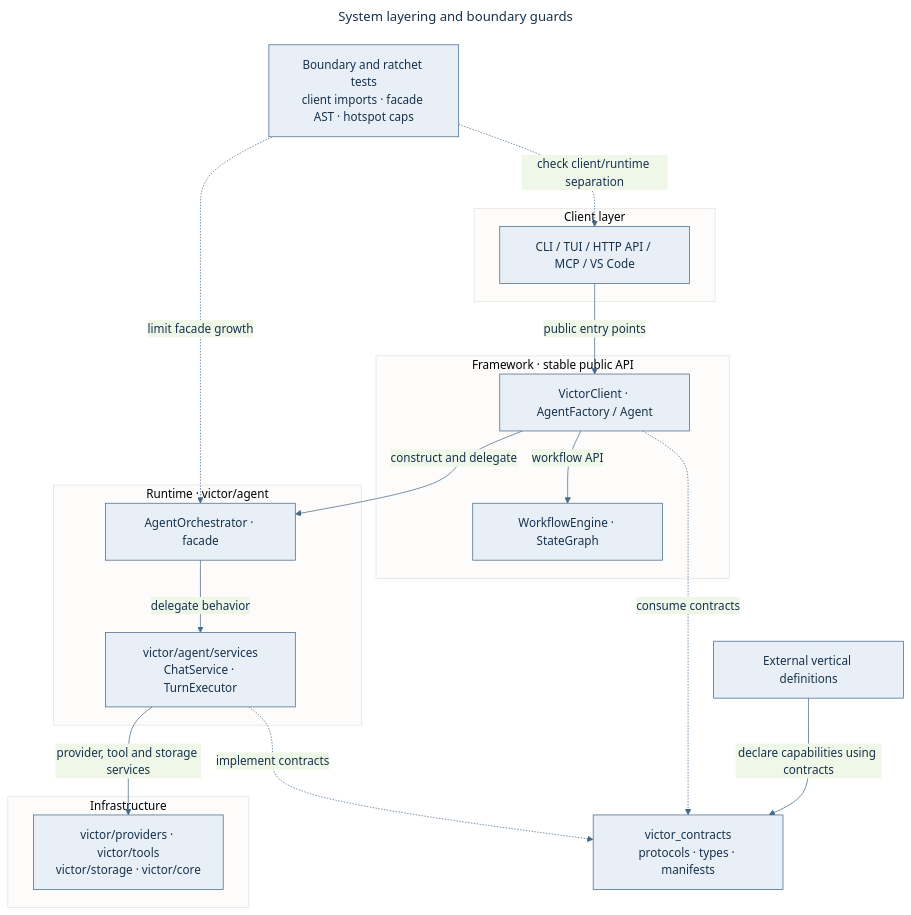
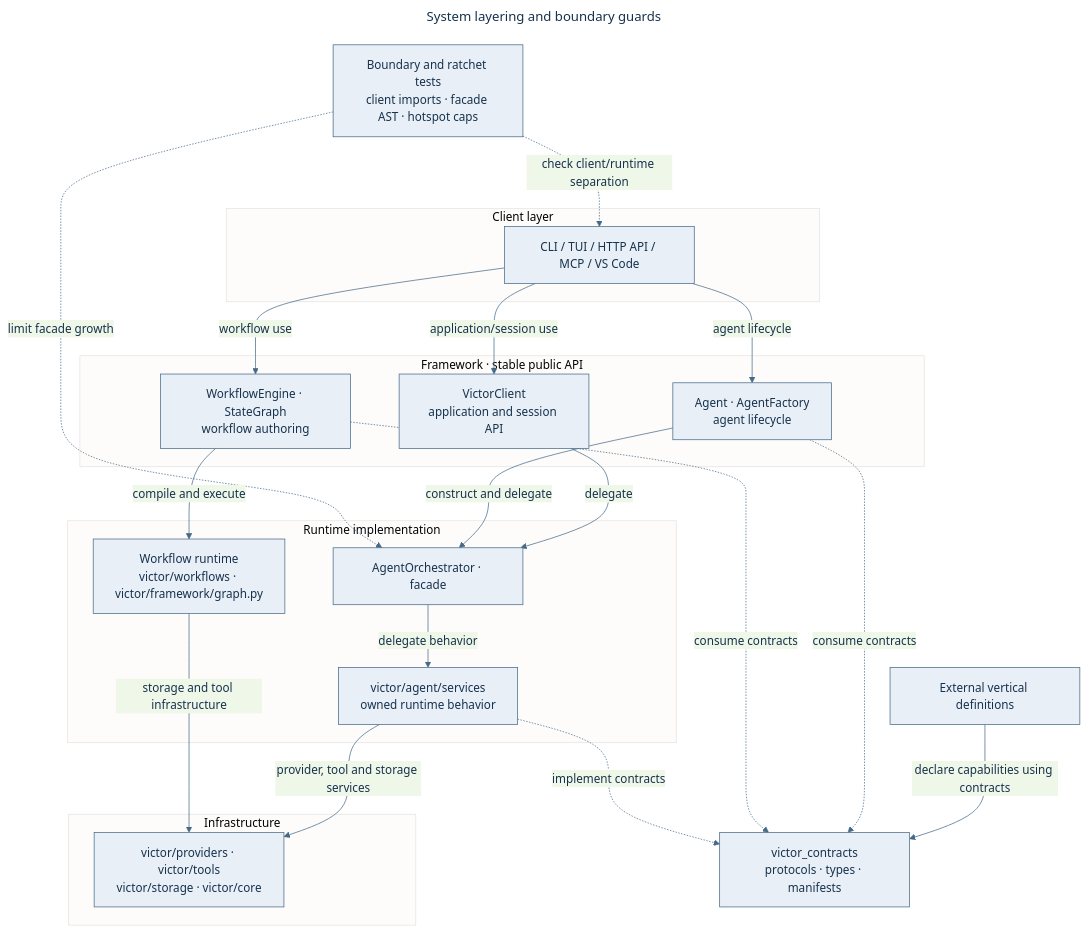
One commit to anvai-labs/victor changed the first of 12 diagrams in docs/architecture.md. Above: the diagram before and after it, drawn with Mermaid. The commit also changed other lines of this file and 495 other files, not shown here.

````diff
--- a/docs/architecture.md
+++ b/docs/architecture.md
@@ -36,34 +32,41 @@
 ```mermaid
 ---
 title: System layering and boundary guards
 ---
 %%{init: {"theme":"base","themeVariables":{"primaryColor":"#E8EFF7","primaryTextColor":"#17324D","primaryBorderColor":"#456987","lineColor":"#456987","fontFamily":"Arial"}}}%%
 flowchart TB
   subgraph CL["Client layer"]
     C["CLI / TUI / HTTP API / MCP / VS Code"]
   end
   subgraph FW["Framework · stable public API"]
-    ENTRY["VictorClient · AgentFactory / Agent"]
-    API["WorkflowEngine · StateGraph"]
+    VC["VictorClient<br/>application and session API"]
+    AG["Agent · AgentFactory<br/>agent lifecycle"]
+    API["WorkflowEngine · StateGraph<br/>workflow authoring"]
   end
-  subgraph RT["Runtime · victor/agent"]
+  subgraph RT["Runtime implementation"]
     FAC["AgentOrchestrator · facade"]
-    SVC["victor/agent/services<br/>ChatService · TurnExecutor"]
+    SVC["victor/agent/services<br/>owned runtime behavior"]
+    WRT["Workflow runtime<br/>victor/workflows · victor/framework/graph.py"]
   end
   subgraph INF["Infrastructure"]
     I["victor/providers · victor/tools<br/>victor/storage · victor/core"]
   end
   V["External vertical definitions"]
   SDK["victor_contracts<br/>protocols · types · manifests"]
   GUARD["Boundary and ratchet tests<br/>client imports · facade AST · hotspot caps"]
-  C -->|"public entry points"| ENTRY
-  ENTRY -->|"construct and delegate"| FAC
-  ENTRY -->|"workflow API"| API
+  C -->|"application/session use"| VC
+  C -->|"agent lifecycle"| AG
+  C -->|"workflow use"| API
+  VC -->|"delegate"| FAC
+  AG -->|"construct and delegate"| FAC
+  API -->|"compile and execute"| WRT
   FAC -->|"delegate behavior"| SVC
   SVC -->|"provider, tool and storage services"| I
+  WRT -->|"storage and tool infrastructure"| I
   V -->|"declare capabilities using contracts"| SDK
-  ENTRY -.->|"consume contracts"| SDK
+  AG -.->|"consume contracts"| SDK
+  API -.->|"consume contracts"| SDK
   SVC -.->|"implement contracts"| SDK
   GUARD -.->|"check client/runtime separation"| C
   GUARD -.->|"limit facade growth"| FAC
 ```
````
